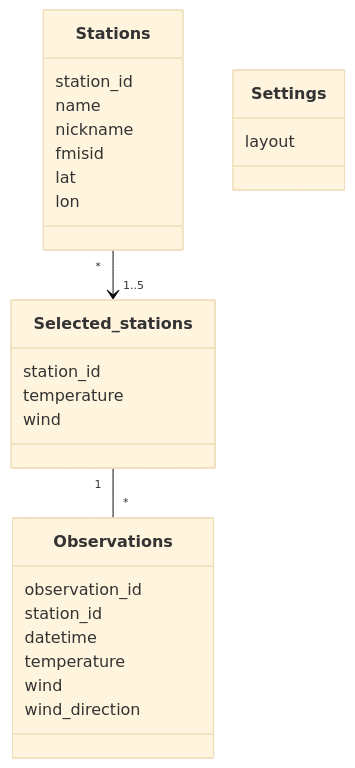
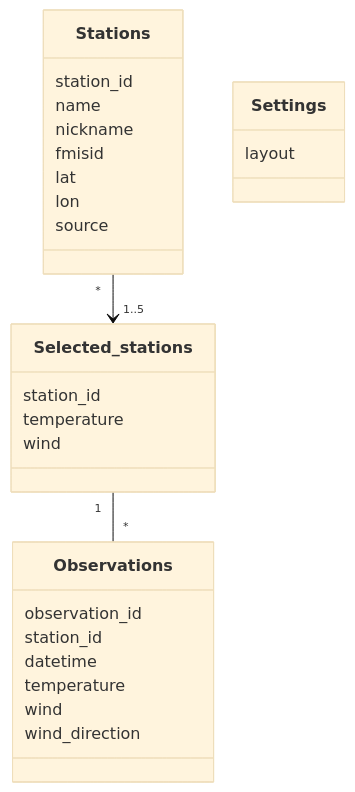
Before and after one commit to mcpaulafi/ot-harjoitustyo: the diagram in dokumentaatio/specifications.md, drawn with Mermaid (base theme). The commit also changed 4 other files, not shown here.

````diff
--- a/dokumentaatio/specifications.md
+++ b/dokumentaatio/specifications.md
@@ -33,30 +33,31 @@
 ```mermaid
  classDiagram
     Stations "*" --> "1..5" Selected_stations
     Selected_stations "1" -- "*" Observations
     class Settings {
         layout
     }
     class Stations {
         station_id
         name
         nickname
         fmisid
         lat
         lon
+        source
     }
     class Selected_stations {
         station_id
         temperature
         wind
     }
     class Observations {
         observation_id
         station_id
         datetime
         temperature
         wind
         wind_direction
     }
 
 ```
````
